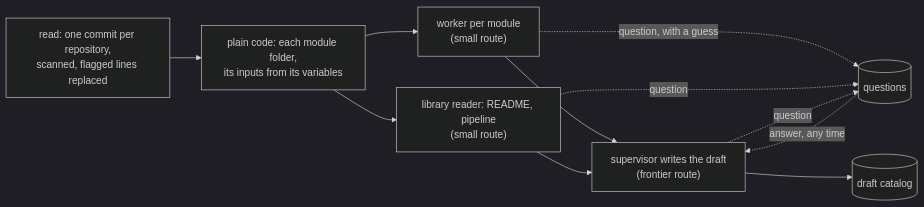
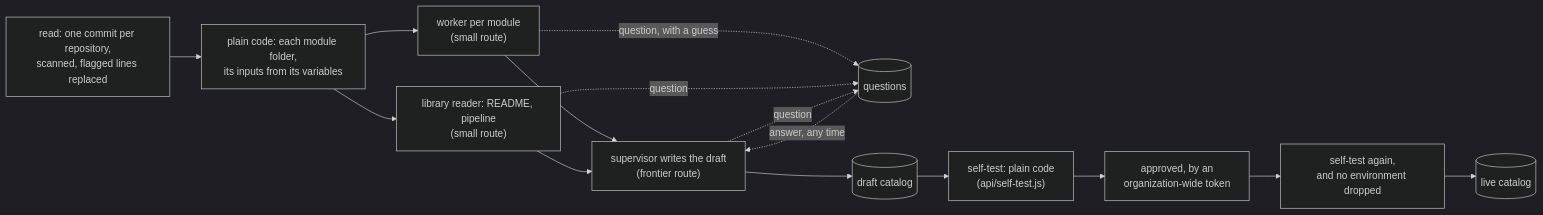
One commit to GregKliewer/sealeye changed diagram 11 of 13 in docs/ARCHITECTURE.md. Above: the diagram before and after it, drawn with Mermaid (dark theme). The commit also changed other lines of this file and 5 other files, not shown here.

First line of the commit message:
Write Step 7 down: CLAUDE.md, ARCHITECTURE, ROADMAP, the plan; 2.38.0

````diff
--- a/docs/ARCHITECTURE.md
+++ b/docs/ARCHITECTURE.md
@@ -479,13 +479,17 @@
 ```mermaid
 flowchart LR
   read["read: one commit per repository,<br/>scanned, flagged lines replaced"] --> plan["plain code: each module folder,<br/>its inputs from its variables"]
   plan --> w1["worker per module<br/>(small route)"]
   plan --> lib["library reader: README, pipeline<br/>(small route)"]
   w1 --> sup["supervisor writes the draft<br/>(frontier route)"]
   lib --> sup
   w1 -. "question, with a guess" .-> q[("questions")]
   lib -. "question" .-> q
   sup -. "question" .-> q
   q -. "answer, any time" .-> sup
   sup --> draft[("draft catalog")]
+  draft --> test["self-test: plain code<br/>(api/self-test.js)"]
+  test --> approve["approved, by an<br/>organization-wide token"]
+  approve --> test2["self-test again,<br/>and no environment dropped"]
+  test2 --> live[("live catalog")]
 ```
````
